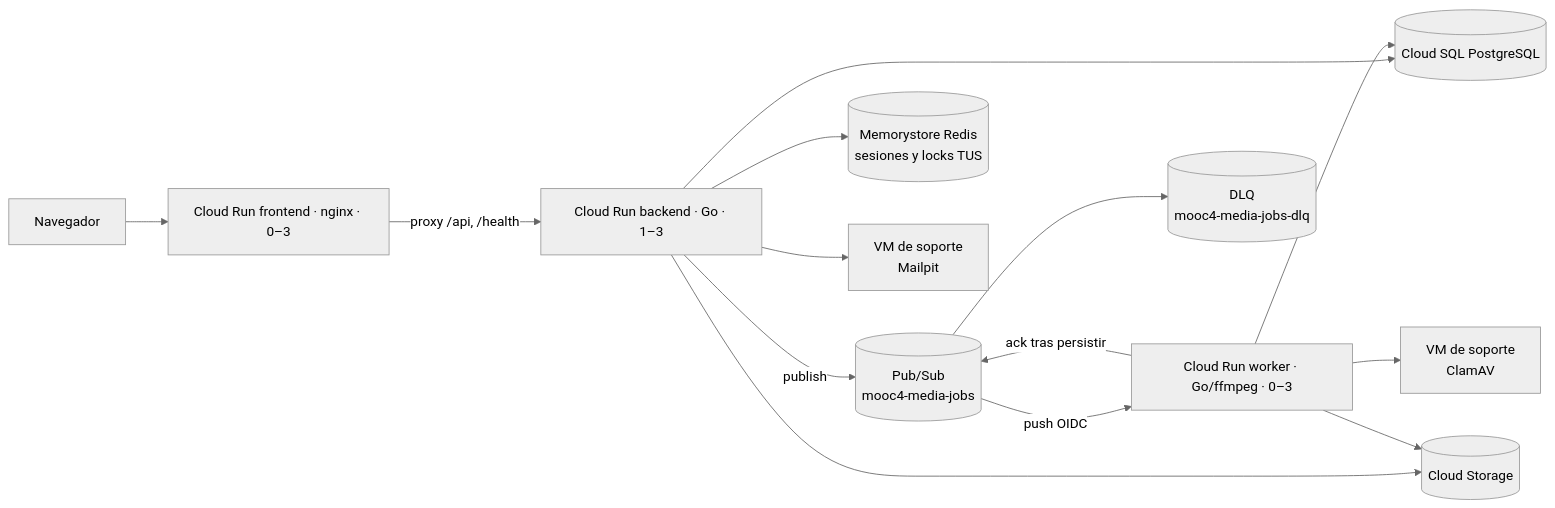
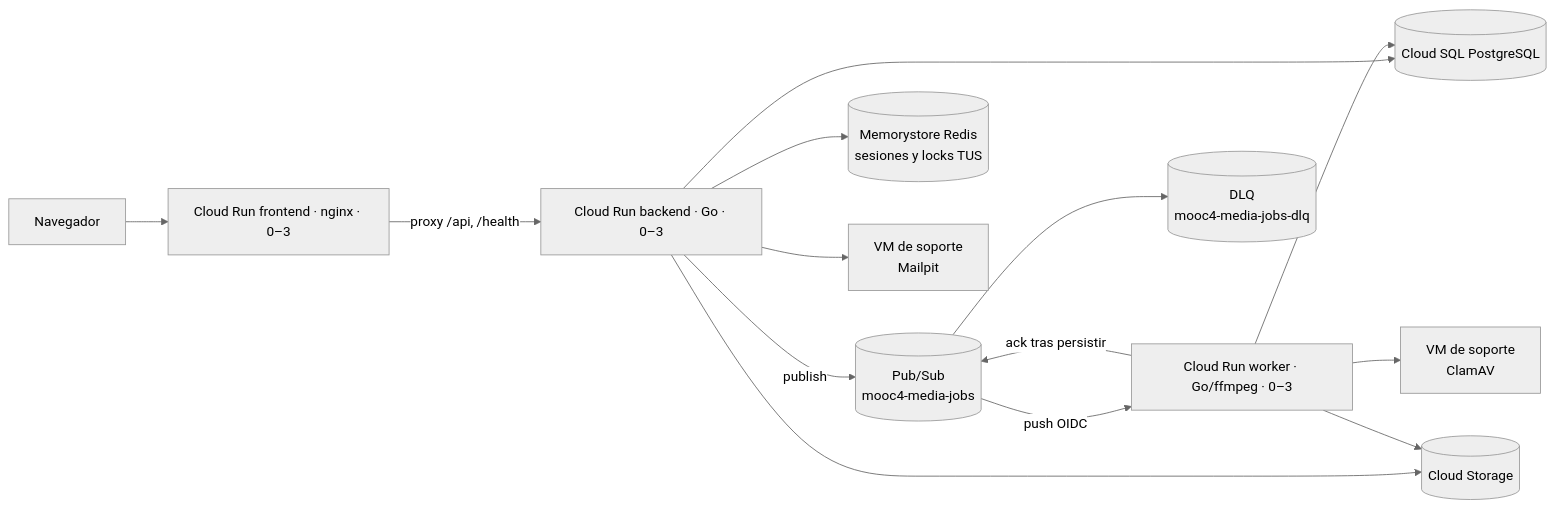
Before and after one commit to Cloud-Grupo8-202620/Proyecto-MOOC-Cloud: the first of 2 diagrams in docs/entrega4/arquitectura.md, drawn with Mermaid (neutral theme). The commit also changed other lines of this file and 34 other files, not shown here.

Commit message:
Fija escalamiento de servicio 0–3 en Cloud Run

````diff
--- a/docs/entrega4/arquitectura.md
+++ b/docs/entrega4/arquitectura.md
@@ -7,16 +7,16 @@
 ```mermaid
 flowchart LR
   U[Navegador] --> FE[Cloud Run frontend · nginx · 0–3]
-  FE -->|proxy /api, /health| BE[Cloud Run backend · Go · 1–3]
+  FE -->|proxy /api, /health| BE[Cloud Run backend · Go · 0–3]
   BE -->|publish| PS[(Pub/Sub\nmooc4-media-jobs)]
   PS -->|push OIDC| W[Cloud Run worker · Go/ffmpeg · 0–3]
   W -->|ack tras persistir| PS
   PS --> DLQ[(DLQ\nmooc4-media-jobs-dlq)]
   BE --> SQL[(Cloud SQL PostgreSQL)]
   W --> SQL
   BE --> REDIS[(Memorystore Redis\nsesiones y locks TUS)]
   BE --> GCS[(Cloud Storage)]
   W --> GCS
   W --> CLAM[VM de soporte\nClamAV]
   BE --> MAIL[VM de soporte\nMailpit]
 ```
````
